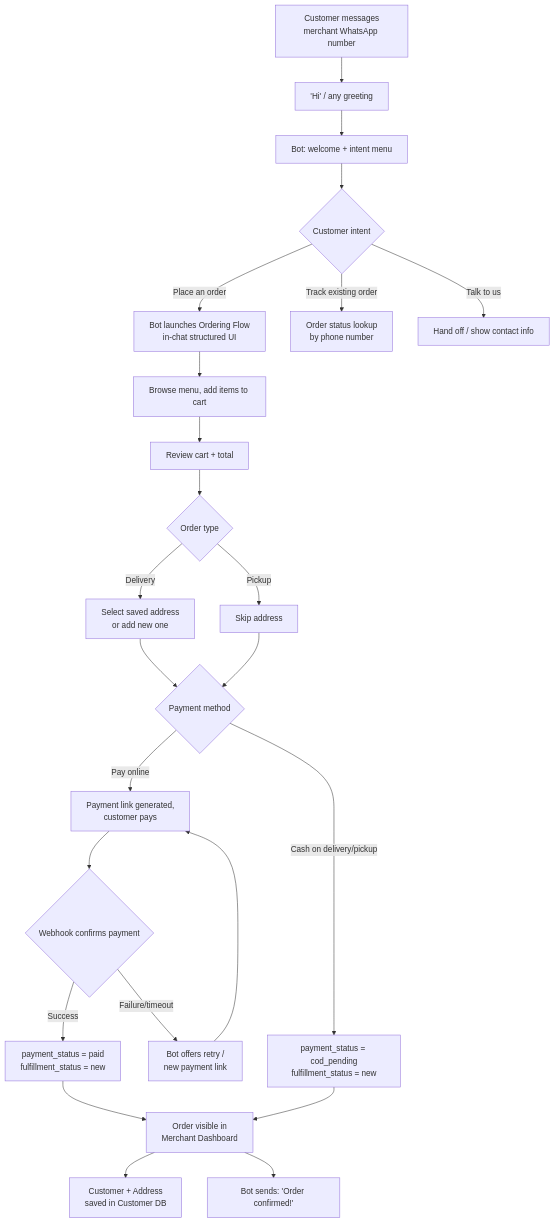
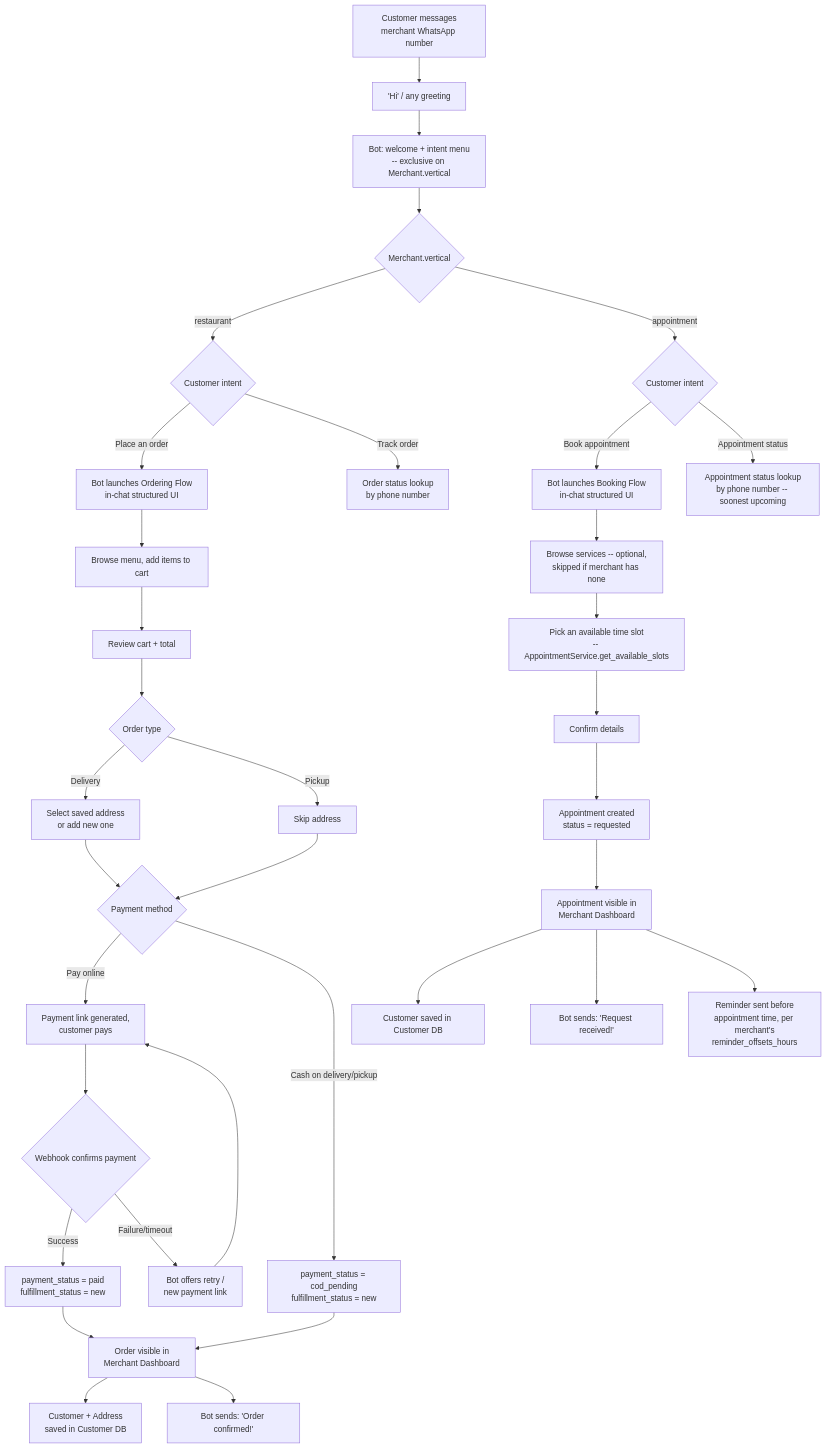
The third of 3 diagrams in ARCHITECTURE.md (itsjayanth/orderflow), drawn with Mermaid before and after one commit. The commit also changed other lines of this file and 18 other files, not shown here.

First line of the commit message:
Phase M5: retire appointment_booking_enabled, update ARCHITECTURE.md/IMPLEMENTATION_PLAN.md

````diff
--- a/ARCHITECTURE.md
+++ b/ARCHITECTURE.md
@@ -333,26 +346,39 @@
 ```mermaid
 flowchart TD
     A[Customer messages<br/>merchant WhatsApp number] --> B["'Hi' / any greeting"]
-    B --> C[Bot: welcome + intent menu]
-    C --> D{Customer intent}
-    D -- Place an order --> E[Bot launches Ordering Flow<br/>in-chat structured UI]
-    D -- Track existing order --> T[Order status lookup<br/>by phone number]
-    D -- Talk to us --> H[Hand off / show contact info]
+    B --> C[Bot: welcome + intent menu<br/>-- exclusive on Merchant.vertical]
+    C --> D{Merchant.vertical}
+
+    D -- restaurant --> D1{Customer intent}
+    D1 -- Place an order --> E[Bot launches Ordering Flow<br/>in-chat structured UI]
+    D1 -- Track order --> T[Order status lookup<br/>by phone number]
     E --> F[Browse menu, add items to cart]
     F --> G[Review cart + total]
     G --> I{Order type}
     I -- Delivery --> J[Select saved address<br/>or add new one]
     I -- Pickup --> K[Skip address]
     J --> L{Payment method}
     K --> L
     L -- Pay online --> M[Payment link generated,<br/>customer pays]
     L -- Cash on delivery/pickup --> N["payment_status = cod_pending<br/>fulfillment_status = new"]
     M --> Ov{Webhook confirms payment}
     Ov -- Success --> P["payment_status = paid<br/>fulfillment_status = new"]
     Ov -- Failure/timeout --> Q[Bot offers retry /<br/>new payment link]
     Q --> M
     P --> R[Order visible in<br/>Merchant Dashboard]
     N --> R
     R --> S[Customer + Address<br/>saved in Customer DB]
     R --> U["Bot sends: 'Order confirmed!'"]
+
+    D -- appointment --> D2{Customer intent}
+    D2 -- Book appointment --> E2[Bot launches Booking Flow<br/>in-chat structured UI]
+    D2 -- Appointment status --> T2[Appointment status lookup<br/>by phone number -- soonest upcoming]
+    E2 --> F2[Browse services -- optional,<br/>skipped if merchant has none]
+    F2 --> G2[Pick an available time slot<br/>-- AppointmentService.get_available_slots]
+    G2 --> I2[Confirm details]
+    I2 --> P2["Appointment created<br/>status = requested"]
+    P2 --> R2[Appointment visible in<br/>Merchant Dashboard]
+    R2 --> S2[Customer saved in Customer DB]
+    R2 --> U2["Bot sends: 'Request received!'"]
+    R2 --> W2[Reminder sent before<br/>appointment time, per merchant's<br/>reminder_offsets_hours]
 ```
````
